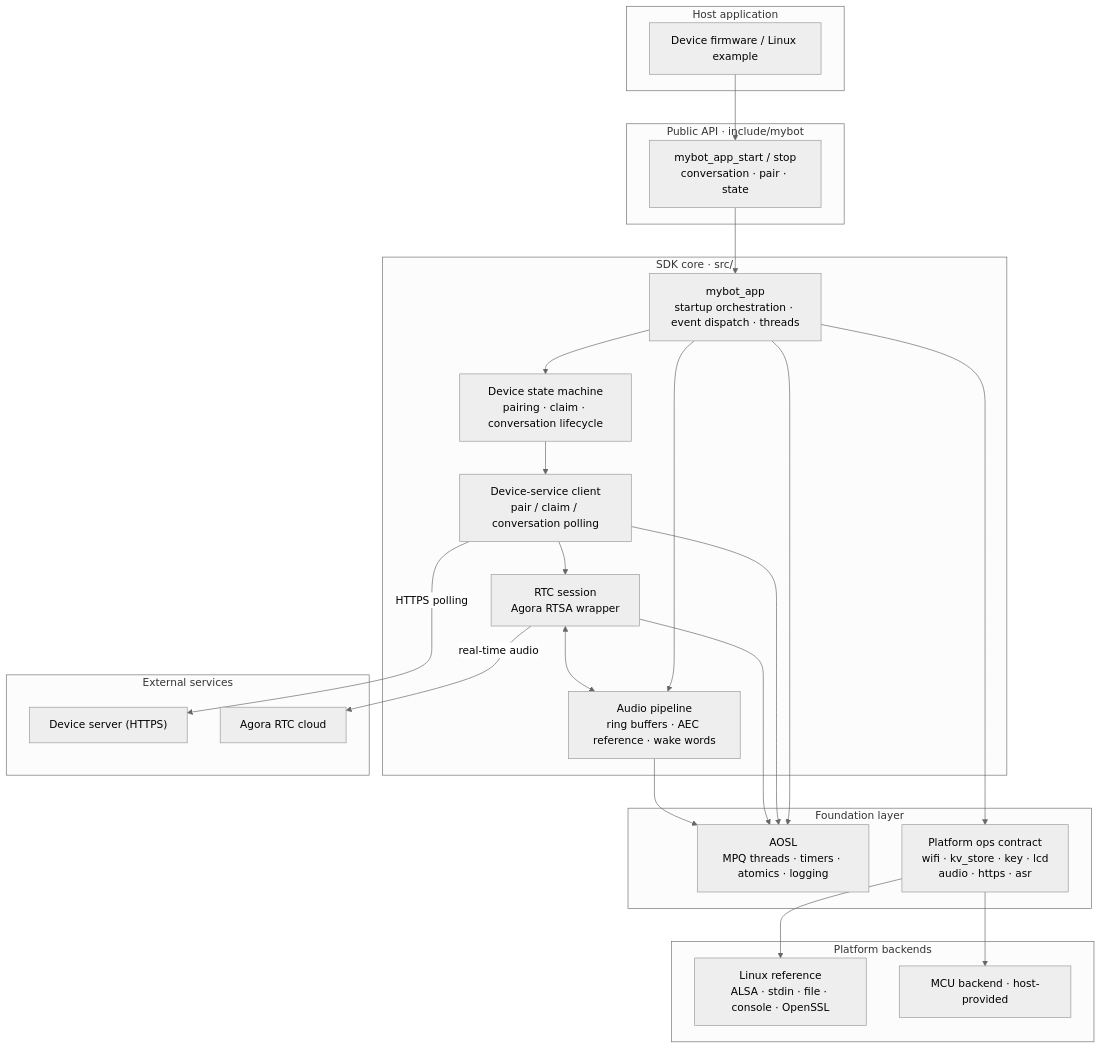
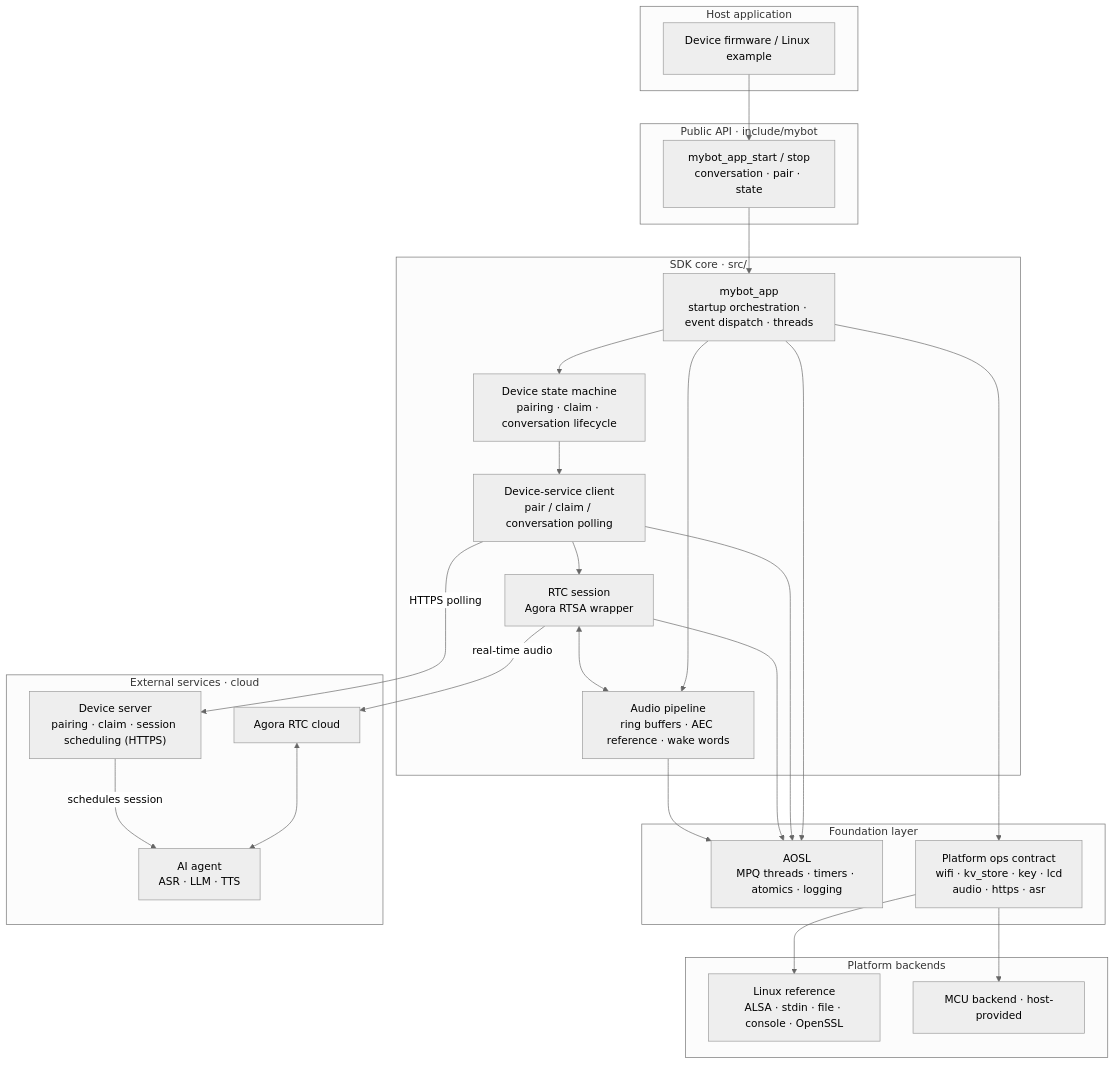
Before and after one commit to junlon2006/mybot: the second of 4 diagrams in README.md, drawn with Mermaid (neutral theme). The commit also changed other lines of this file and 11 other files, not shown here.

````diff
--- a/README.md
+++ b/README.md
@@ -182,50 +218,53 @@
 ```mermaid
 flowchart TB
     subgraph host["Host application"]
         host_app["Device firmware / Linux example"]
     end
 
     subgraph api["Public API · include/mybot"]
         api_h["mybot_app_start / stop<br/>conversation · pair · state"]
     end
 
     subgraph core["SDK core · src/"]
         app_c["mybot_app<br/>startup orchestration · event dispatch · threads"]
         state_m["Device state machine<br/>pairing · claim · conversation lifecycle"]
         svc_c["Device-service client<br/>pair / claim / conversation polling"]
         rtc_c["RTC session<br/>Agora RTSA wrapper"]
         media_c["Audio pipeline<br/>ring buffers · AEC reference · wake words"]
     end
 
     subgraph infra["Foundation layer"]
         aosl["AOSL<br/>MPQ threads · timers · atomics · logging"]
         ops["Platform ops contract<br/>wifi · kv_store · key · lcd<br/>audio · https · asr"]
     end
 
     subgraph plat["Platform backends"]
         linux_b["Linux reference<br/>ALSA · stdin · file · console · OpenSSL"]
         mcu_b["MCU backend · host-provided"]
     end
 
-    subgraph ext["External services"]
-        svc_e["Device server (HTTPS)"]
+    subgraph ext["External services · cloud"]
+        svc_e["Device server<br/>pairing · claim · session scheduling (HTTPS)"]
         agora_e["Agora RTC cloud"]
+        agent_e["AI agent<br/>ASR · LLM · TTS"]
     end
 
     host_app --> api_h
     api_h --> app_c
     app_c --> state_m
     app_c --> media_c
     state_m --> svc_c
     svc_c --> rtc_c
     rtc_c <--> media_c
     app_c --> aosl
     app_c --> ops
     svc_c --> aosl
     rtc_c --> aosl
     media_c --> aosl
     ops --> linux_b
     ops --> mcu_b
     svc_c -->|HTTPS polling| svc_e
     rtc_c -->|real-time audio| agora_e
+    agora_e <--> agent_e
+    svc_e -->|schedules session| agent_e
 ```
````
